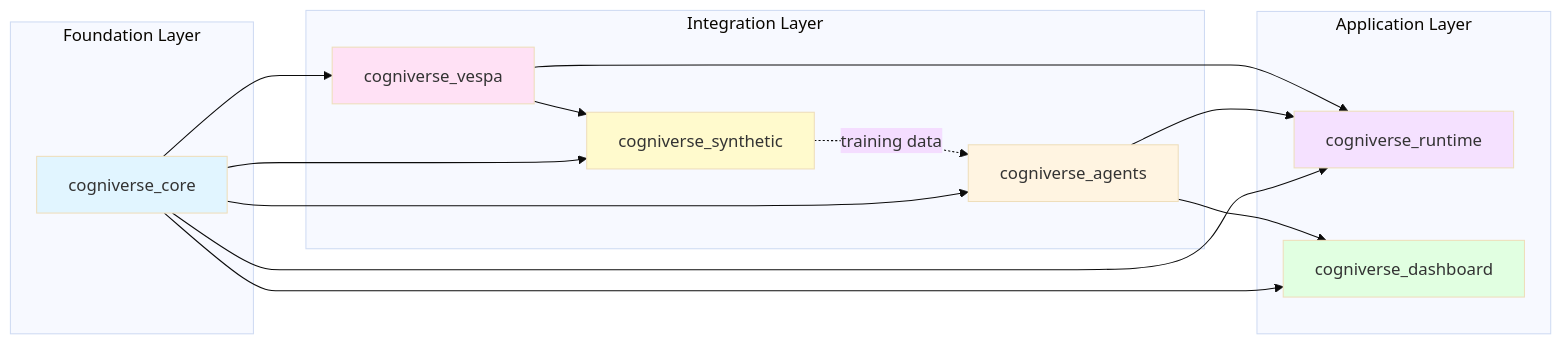
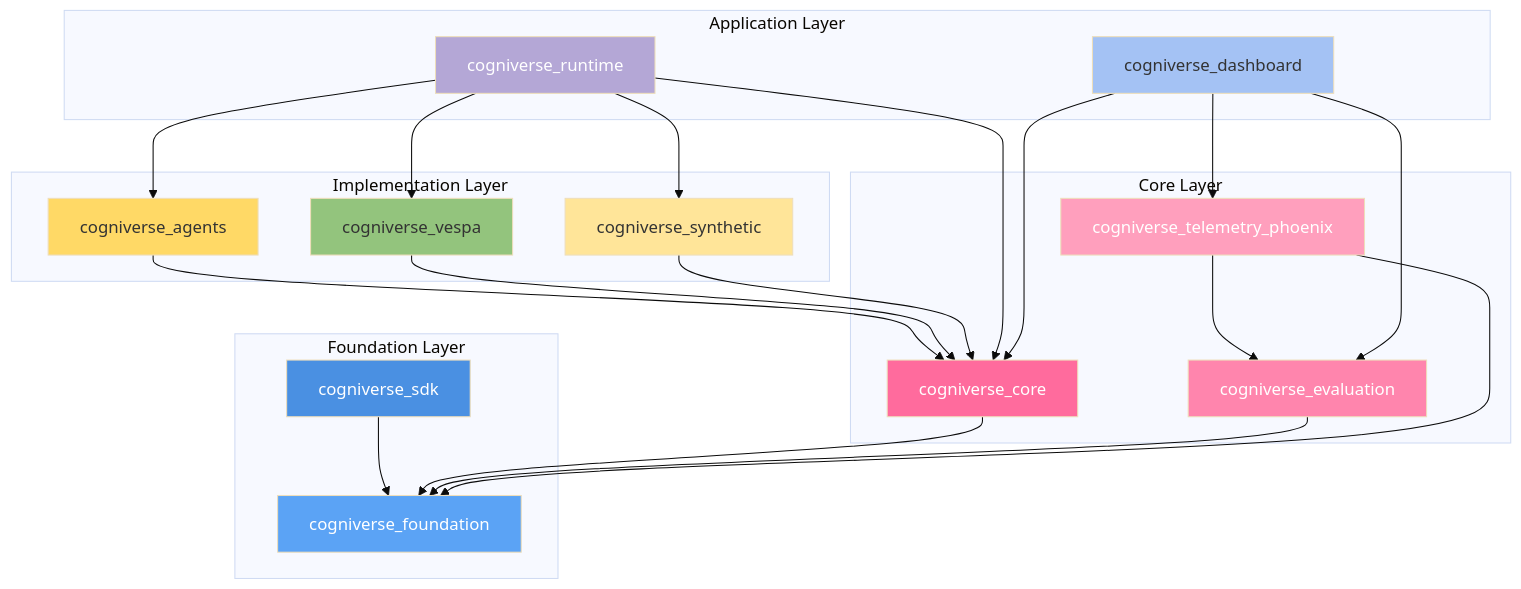
One commit to amit-jain/cogniverse changed the second of 17 diagrams in docs/diagrams/sdk-architecture-diagrams.md. Above: the diagram before and after it, drawn with Mermaid (base theme). The commit also changed other lines of this file and 49 other files, not shown here.

First line of the commit message:
Update all documentation to reflect 10-package architecture

````diff
--- a/docs/diagrams/sdk-architecture-diagrams.md
+++ b/docs/diagrams/sdk-architecture-diagrams.md
@@ -53,35 +89,65 @@
 ```mermaid
-graph LR
+graph TB
     subgraph "Foundation Layer"
-        Core[cogniverse_core]
+        SDK[cogniverse_sdk]
+        Foundation[cogniverse_foundation]
     end
 
-    subgraph "Integration Layer"
+    subgraph "Core Layer"
+        Core[cogniverse_core]
+        Evaluation[cogniverse_evaluation]
+        Phoenix[cogniverse_telemetry_phoenix]
+    end
+
+    subgraph "Implementation Layer"
         Agents[cogniverse_agents]
         Vespa[cogniverse_vespa]
         Synthetic[cogniverse_synthetic]
     end
 
     subgraph "Application Layer"
         Runtime[cogniverse_runtime]
         Dashboard[cogniverse_dashboard]
     end
 
-    Core --> Agents
-    Core --> Vespa
-    Core --> Synthetic
-    Core --> Runtime
-    Core --> Dashboard
-    Vespa --> Synthetic
-    Agents --> Runtime
-    Agents --> Dashboard
-    Vespa --> Runtime
-    Synthetic -.->|training data| Agents
+    %% Foundation dependencies
+    SDK --> Foundation
 
-    style Core fill:#e1f5ff
-    style Agents fill:#fff4e1
-    style Vespa fill:#ffe1f5
-    style Synthetic fill:#fffacd
-    style Runtime fill:#f5e1ff
-    style Dashboard fill:#e1ffe1
+    %% Core to Foundation
+    Core --> Foundation
+    Evaluation --> Foundation
+    Phoenix --> Foundation
+    Phoenix --> Evaluation
+
+    %% Implementation to Core
+    Agents --> Core
+    Vespa --> Core
+    Synthetic --> Core
+
+    %% Application to Implementation/Core
+    Runtime --> Core
+    Runtime --> Agents
+    Runtime --> Vespa
+    Runtime --> Synthetic
+    Dashboard --> Core
+    Dashboard --> Evaluation
+    Dashboard --> Phoenix
+
+    %% Foundation Layer (blue)
+    style SDK fill:#4A90E2,color:#fff
+    style Foundation fill:#5BA3F5,color:#fff
+
+    %% Core Layer (pink)
+    style Core fill:#FF6B9D,color:#fff
+    style Evaluation fill:#FF85AD,color:#fff
+    style Phoenix fill:#FF9FBD,color:#fff
+
+    %% Implementation Layer (yellow/green)
+    style Agents fill:#FFD966
+    style Vespa fill:#93C47D
+    style Synthetic fill:#FFE599
+
+    %% Application Layer (light blue/purple)
+    style Runtime fill:#B4A7D6,color:#fff
+    style Dashboard fill:#A4C2F4
 ```
````
